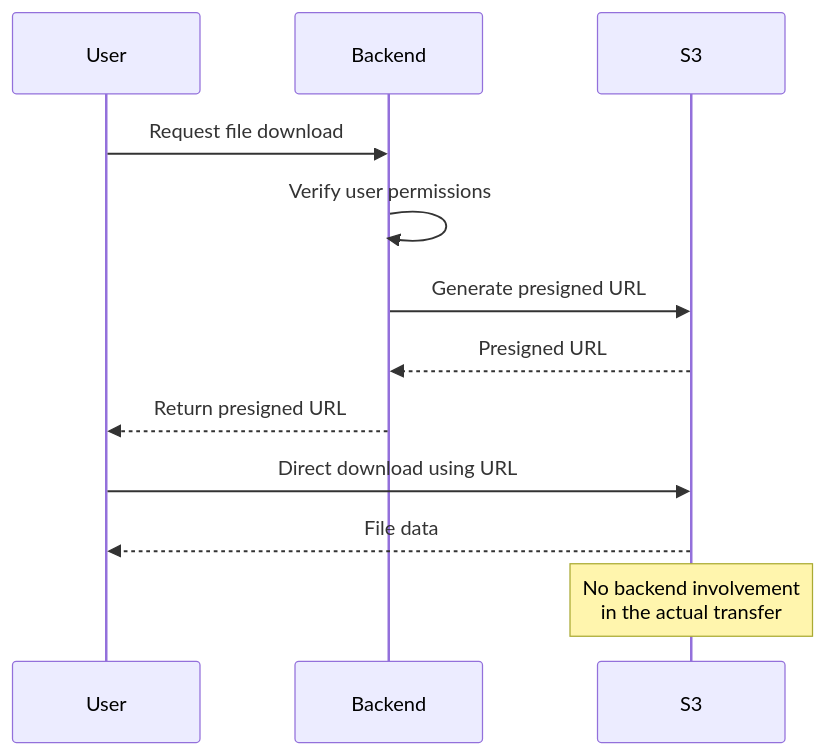
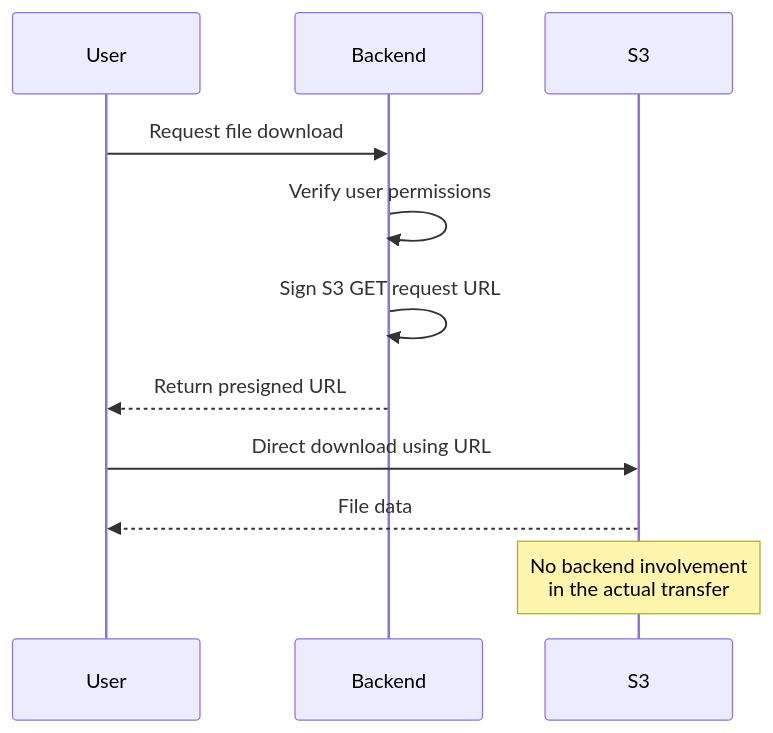
Before and after one commit to OneUptime/blog: the diagram in posts/2026-02-12-generate-presigned-urls-temporary-s3-access/README.md, drawn with Mermaid. The commit also changed other lines of this file and 2 other files, not shown here.

Commit message:
validate: 2026-02-12-generate-presigned-urls-temporary-s3-access

````diff
--- a/posts/2026-02-12-generate-presigned-urls-temporary-s3-access/README.md
+++ b/posts/2026-02-12-generate-presigned-urls-temporary-s3-access/README.md
@@ -194,15 +196,14 @@
 ```mermaid
 sequenceDiagram
     participant User
     participant Backend
     participant S3
 
     User->>Backend: Request file download
     Backend->>Backend: Verify user permissions
-    Backend->>S3: Generate presigned URL
-    S3-->>Backend: Presigned URL
+    Backend->>Backend: Sign S3 GET request URL
     Backend-->>User: Return presigned URL
     User->>S3: Direct download using URL
     S3-->>User: File data
     Note over S3: No backend involvement<br/>in the actual transfer
 ```
````
